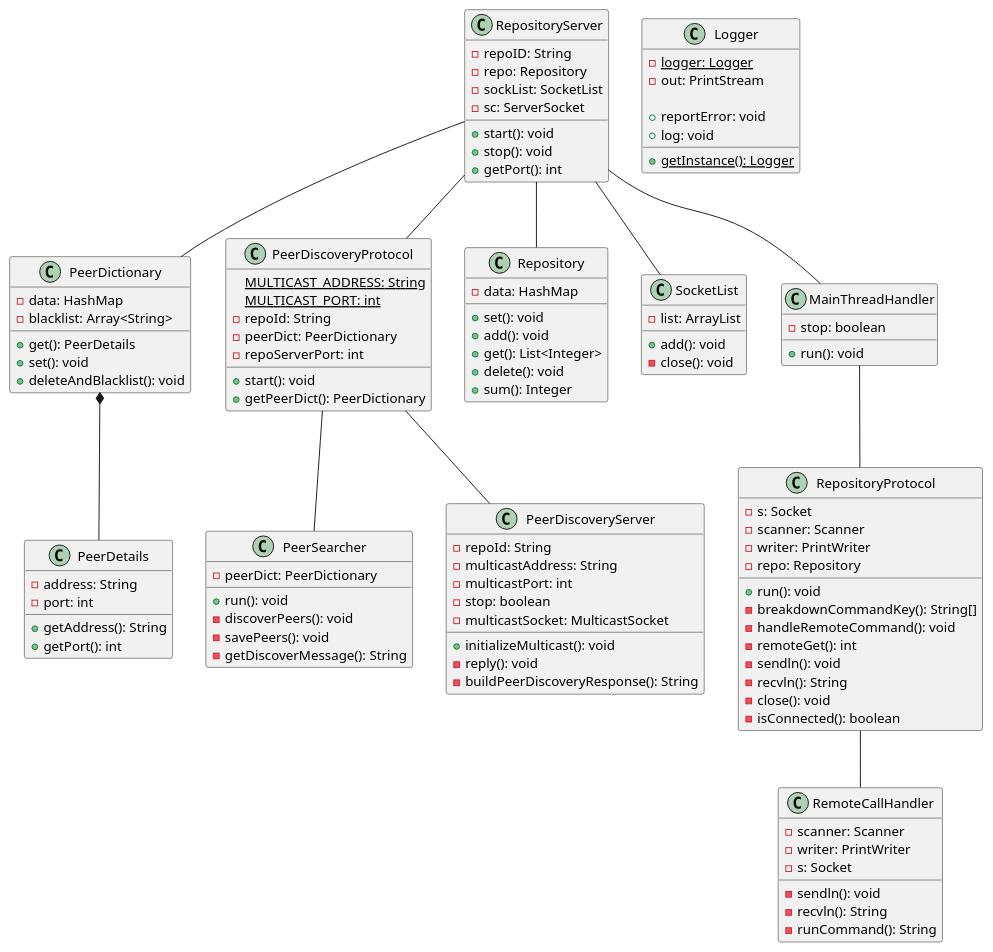
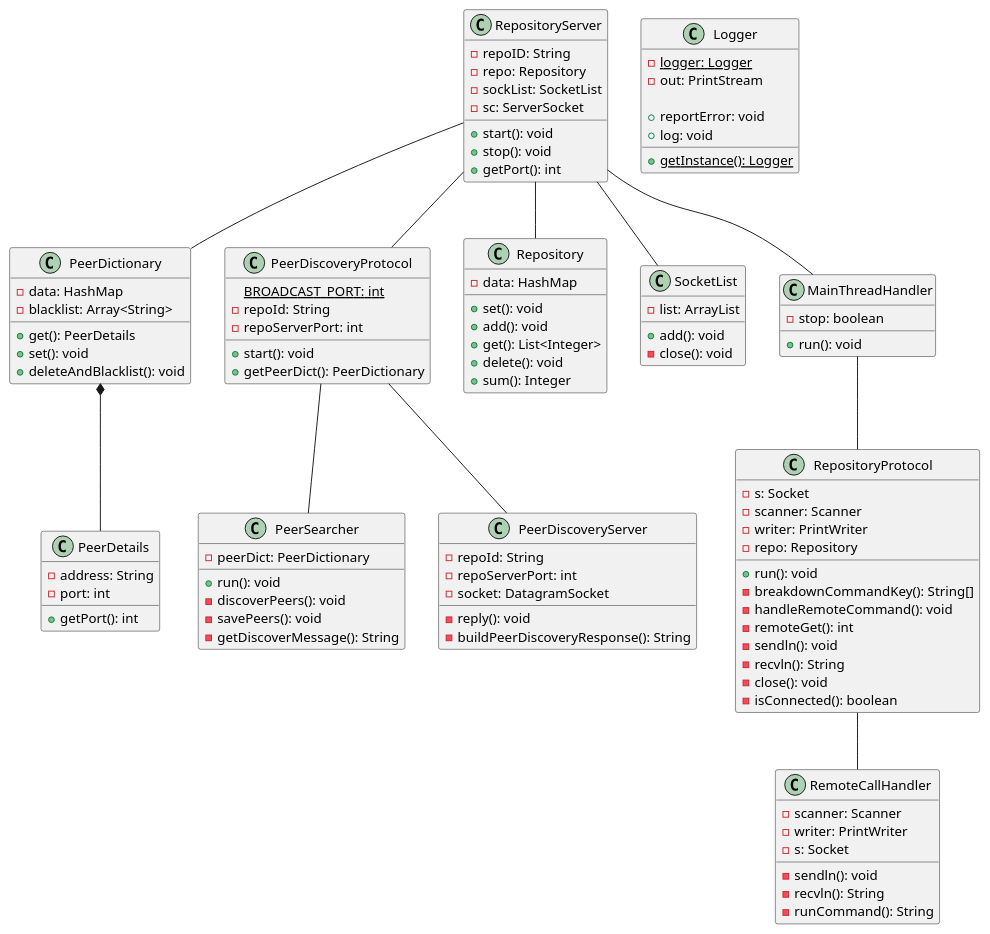
Before and after one commit to jamestjw/comp6231-s22: the diagram in assignment-1/src/com/assignment1/class-diagram.puml, drawn with PlantUML. The commit also changed 5 other files, not shown here.

Commit message:
Update assignment 1 class diagram + cleanup

```diff
--- a/assignment-1/src/com/assignment1/class-diagram.puml
+++ b/assignment-1/src/com/assignment1/class-diagram.puml
@@ -1,137 +1,129 @@
-@startuml
+@startuml Assignment 1 class diagram
 class PeerDetails {
     - address: String
     - port: int
     
-    + getAddress(): String
     + getPort(): int
 }
 
 class PeerDictionary {
     - data: HashMap
     - blacklist: Array<String>
 
     + get(): PeerDetails
     + set(): void
     + deleteAndBlacklist(): void
 }
 
 PeerDictionary *-- PeerDetails
 
 class PeerSearcher {
     - peerDict: PeerDictionary
 
     + run(): void
     - discoverPeers(): void
     - savePeers(): void
     - getDiscoverMessage(): String
 }
 
 class PeerDiscoveryServer {
     - repoId: String
-    - multicastAddress: String
-    - multicastPort: int
-    ' TODO: Need this?
-    - stop: boolean
-    - multicastSocket: MulticastSocket
+    - repoServerPort: int
+    - socket: DatagramSocket
     
-    + initializeMulticast(): void
     - reply(): void
     - buildPeerDiscoveryResponse(): String
 }
 
 class PeerDiscoveryProtocol {
-    {static} MULTICAST_ADDRESS: String
-    {static} MULTICAST_PORT: int
+    {static} BROADCAST_PORT: int
     - repoId: String
-    - peerDict: PeerDictionary
     - repoServerPort: int
 
     + start(): void
     + getPeerDict(): PeerDictionary
 }
 
 PeerDiscoveryProtocol -- PeerDiscoveryServer
 PeerDiscoveryProtocol -- PeerSearcher
 
 class Repository {
     - data: HashMap
 
     + set(): void
     + add(): void
     + get(): List<Integer>
     + delete(): void
     + sum(): Integer
 }
 
 class SocketList {
     - list: ArrayList
 
     + add(): void
     ' TODO: Need this?
     - close(): void
 }
 
 class RepositoryProtocol {
     - s: Socket
     - scanner: Scanner
     - writer: PrintWriter
     - repo: Repository
 
     + run(): void
     - breakdownCommandKey(): String[]
     - handleRemoteCommand(): void
     - remoteGet(): int
     - sendln(): void
     - recvln(): String
     - close(): void
     - isConnected(): boolean
 }
 
 class RemoteCallHandler {
     - scanner: Scanner
     - writer: PrintWriter
     - s: Socket
 
     - sendln(): void
     - recvln(): String
     - runCommand(): String
 }
 
 RepositoryProtocol -- RemoteCallHandler
 
 class MainThreadHandler {
     - stop: boolean
     + run(): void
 }
 
 MainThreadHandler -- RepositoryProtocol
 
 class RepositoryServer {
     - repoID: String
     - repo: Repository
     - sockList: SocketList
     - sc: ServerSocket
  
     + start(): void
-    ' TODO: Check if this is still necessary
     + stop(): void
     + getPort(): int
 }
 
 RepositoryServer -- PeerDiscoveryProtocol
 RepositoryServer -- PeerDictionary
 RepositoryServer -- Repository
 RepositoryServer -- SocketList
 RepositoryServer -- MainThreadHandler
 
 class Logger {
     - {static} logger: Logger
     - out: PrintStream
 
     + {static} getInstance(): Logger
     + reportError: void
     + log: void
 }
 
 @enduml
```
